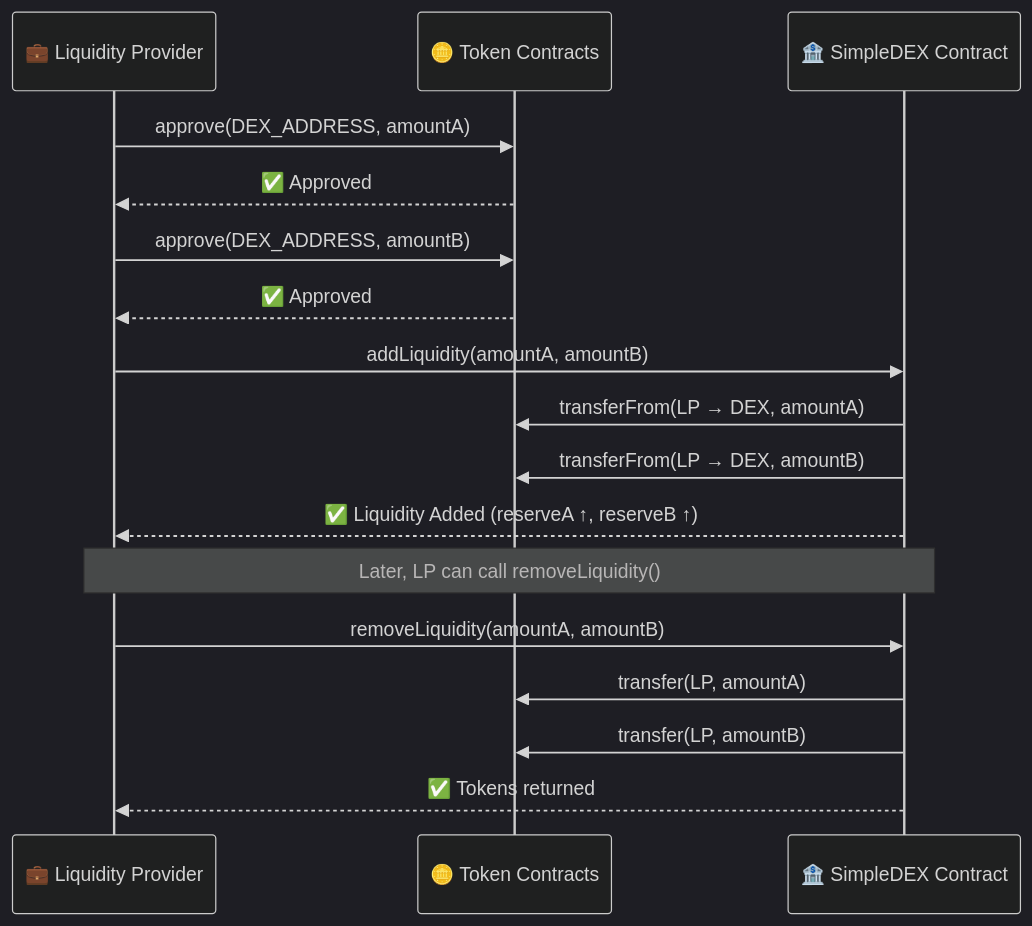
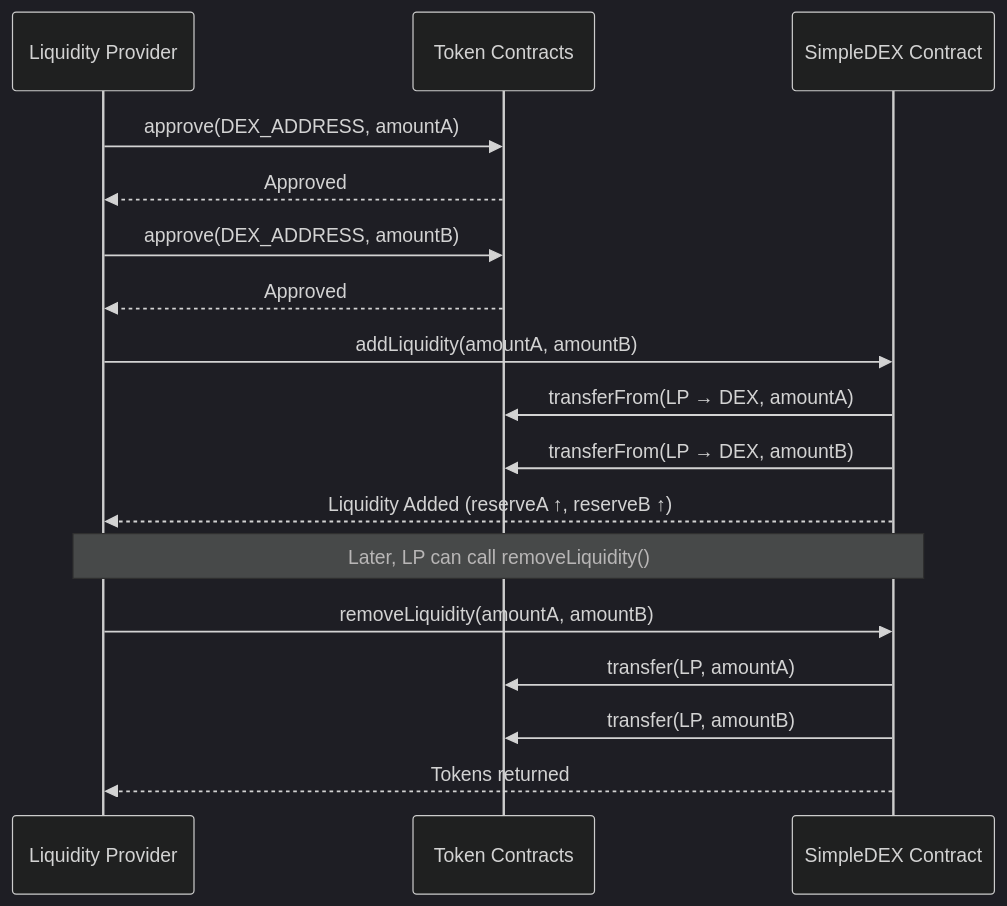
Before and after one commit to sohansarkar07/simple-dex-swap-liquidity-: the sixth of 8 diagrams in README.md, drawn with Mermaid (dark theme). The commit also changed other lines of this file, not shown here.

````diff
--- a/README.md
+++ b/README.md
@@ -183,24 +183,24 @@
 ```mermaid
 sequenceDiagram
-    participant LP as 💼 Liquidity Provider
-    participant Token as 🪙 Token Contracts
-    participant DEX as 🏦 SimpleDEX Contract
+    participant LP as Liquidity Provider
+    participant Token as Token Contracts
+    participant DEX as SimpleDEX Contract
 
     LP->>Token: approve(DEX_ADDRESS, amountA)
-    Token-->>LP: ✅ Approved
+    Token-->>LP: Approved
 
     LP->>Token: approve(DEX_ADDRESS, amountB)
-    Token-->>LP: ✅ Approved
+    Token-->>LP: Approved
 
     LP->>DEX: addLiquidity(amountA, amountB)
     DEX->>Token: transferFrom(LP → DEX, amountA)
     DEX->>Token: transferFrom(LP → DEX, amountB)
-    DEX-->>LP: ✅ Liquidity Added (reserveA ↑, reserveB ↑)
+    DEX-->>LP: Liquidity Added (reserveA ↑, reserveB ↑)
 
     Note over LP,DEX: Later, LP can call removeLiquidity()
 
     LP->>DEX: removeLiquidity(amountA, amountB)
     DEX->>Token: transfer(LP, amountA)
     DEX->>Token: transfer(LP, amountB)
-    DEX-->>LP: ✅ Tokens returned
+    DEX-->>LP: Tokens returned
 ```
````
